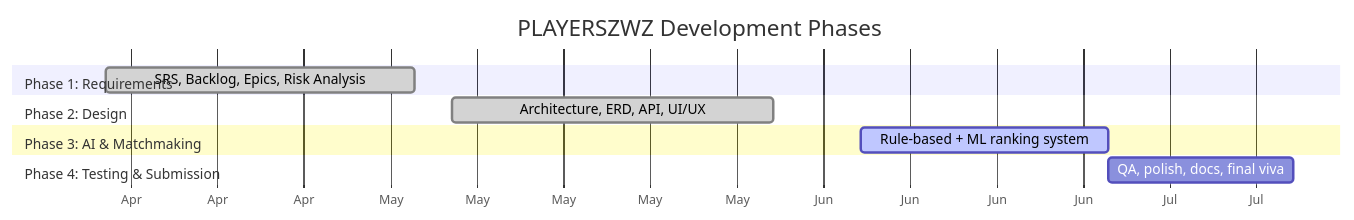
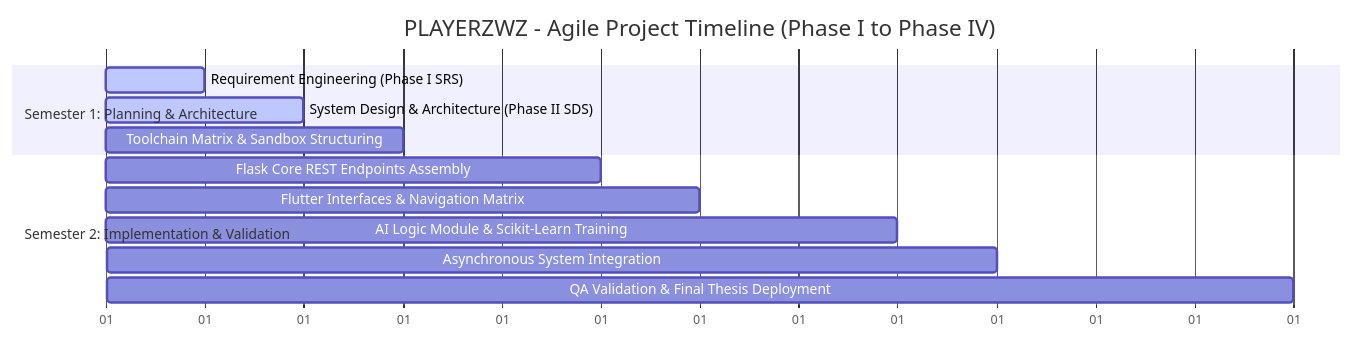
The second of 2 diagrams in README.md (pvrplxd/PlayersZWZ), drawn with Mermaid before and after one commit. The commit also changed other lines of this file, not shown here.

First line of the commit message:
Revise README for clarity and project details

````diff
--- a/README.md
+++ b/README.md
@@ -88,18 +93,18 @@
 ```mermaid
 gantt
-    title PLAYERSZWZ Development Phases
-    dateFormat  YYYY-MM-DD
-    axisFormat  %b
-
-    section Phase 1: Requirements
-    SRS, Backlog, Epics, Risk Analysis     :done, p1, 2026-04-10, 25d
-
-    section Phase 2: Design
-    Architecture, ERD, API, UI/UX          :done, p2, 2026-05-08, 26d
-
-    section Phase 3: AI & Matchmaking
-    Rule-based + ML ranking system         :active, p3, 2026-06-10, 20d
-
-    section Phase 4: Testing & Submission
-    QA, polish, docs, final viva           :p4, after p3, 15d
+    title PLAYERZWZ - Agile Project Timeline (Phase I to Phase IV)
+    dateFormat X
+    axisFormat %d
+    
+    section Semester 1: Planning & Architecture
+    Requirement Engineering (Phase I SRS)     :active, s1, 0, 30
+    System Design & Architecture (Phase II SDS) :active, s2, 30, 60
+    Toolchain Matrix & Sandbox Structuring    :s3, 60, 90
+    
+    section Semester 2: Implementation & Validation
+    Flask Core REST Endpoints Assembly        :s4, 90, 150
+    Flutter Interfaces & Navigation Matrix     :s5, 120, 180
+    AI Logic Module & Scikit-Learn Training    :s6, 160, 240
+    Asynchronous System Integration            :s7, 200, 270
+    QA Validation & Final Thesis Deployment   :s8, 240, 360
 ```
````
